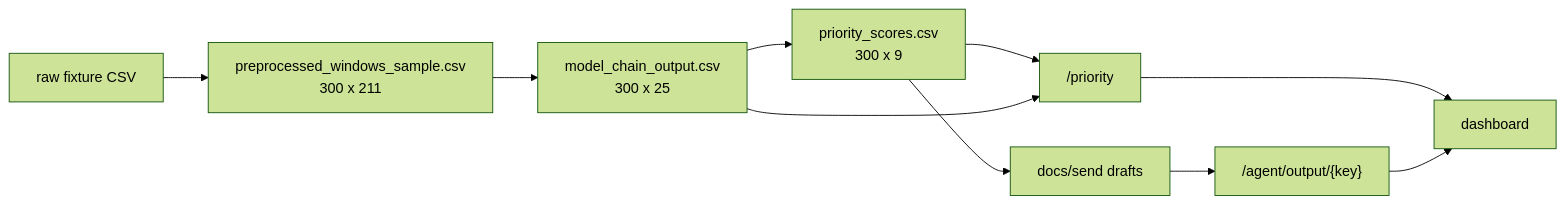
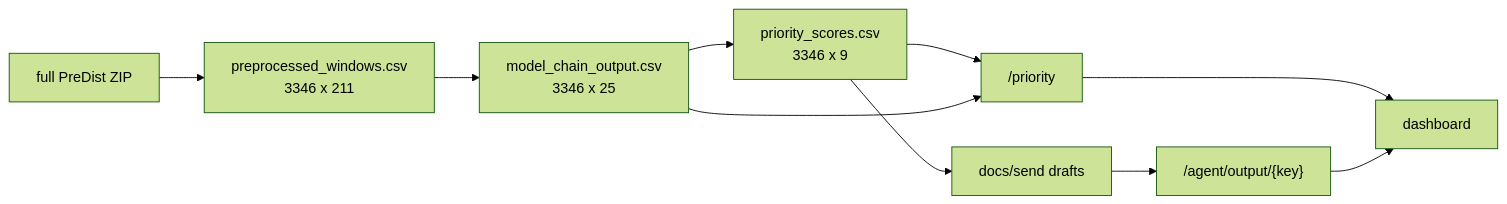
Before and after one commit to jiyang-lee/Heat_Grid_Agent: the first of 2 diagrams in docs/report/proto/07_validation.md, drawn with Mermaid (forest theme). The commit also changed other lines of this file and 32 other files, not shown here.

Commit message:
feat(priority): full PreDist 기반 우선순위 회귀 재학습

````diff
--- a/docs/report/proto/07_validation.md
+++ b/docs/report/proto/07_validation.md
@@ -42,12 +42,12 @@
 ```mermaid
 flowchart LR
-  RAW["raw fixture CSV"] --> PRE["preprocessed_windows_sample.csv<br/>300 x 211"]
-  PRE --> CHAIN["model_chain_output.csv<br/>300 x 25"]
-  CHAIN --> PRIORITY["priority_scores.csv<br/>300 x 9"]
+  RAW["full PreDist ZIP"] --> PRE["preprocessed_windows.csv<br/>3346 x 211"]
+  PRE --> CHAIN["model_chain_output.csv<br/>3346 x 25"]
+  CHAIN --> PRIORITY["priority_scores.csv<br/>3346 x 9"]
   PRIORITY --> API["/priority"]
   CHAIN --> API
   PRIORITY --> AGENT["docs/send drafts"]
   AGENT --> API2["/agent/output/{key}"]
   API --> FE["dashboard"]
   API2 --> FE
 ```
````
